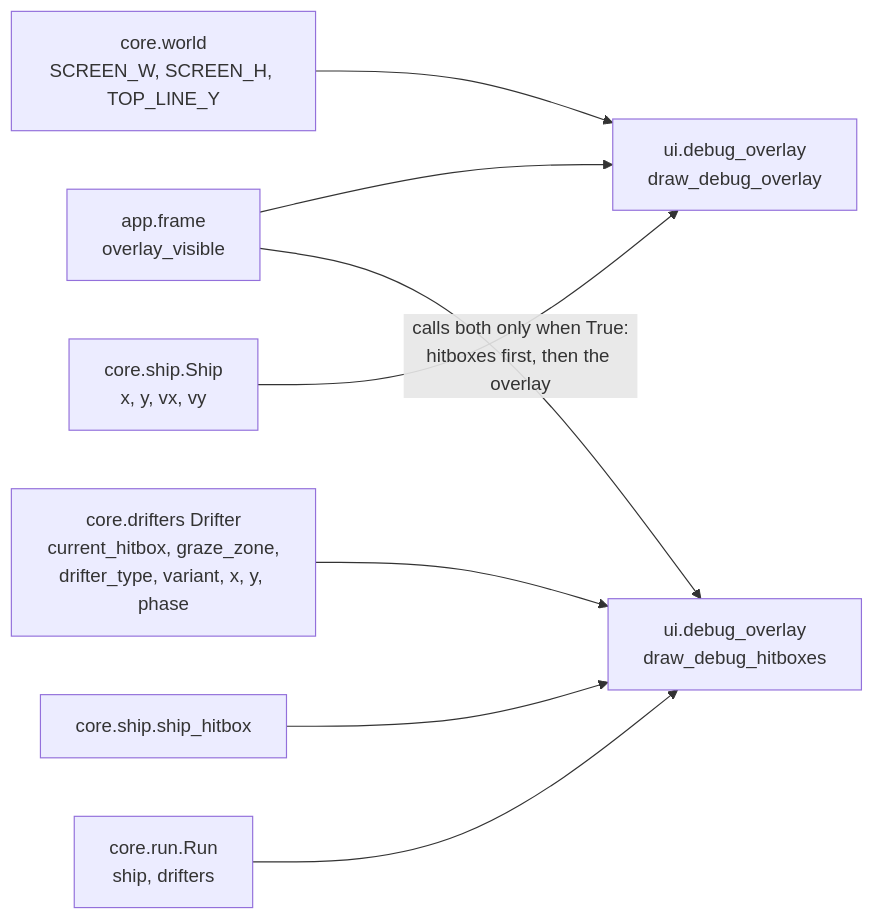
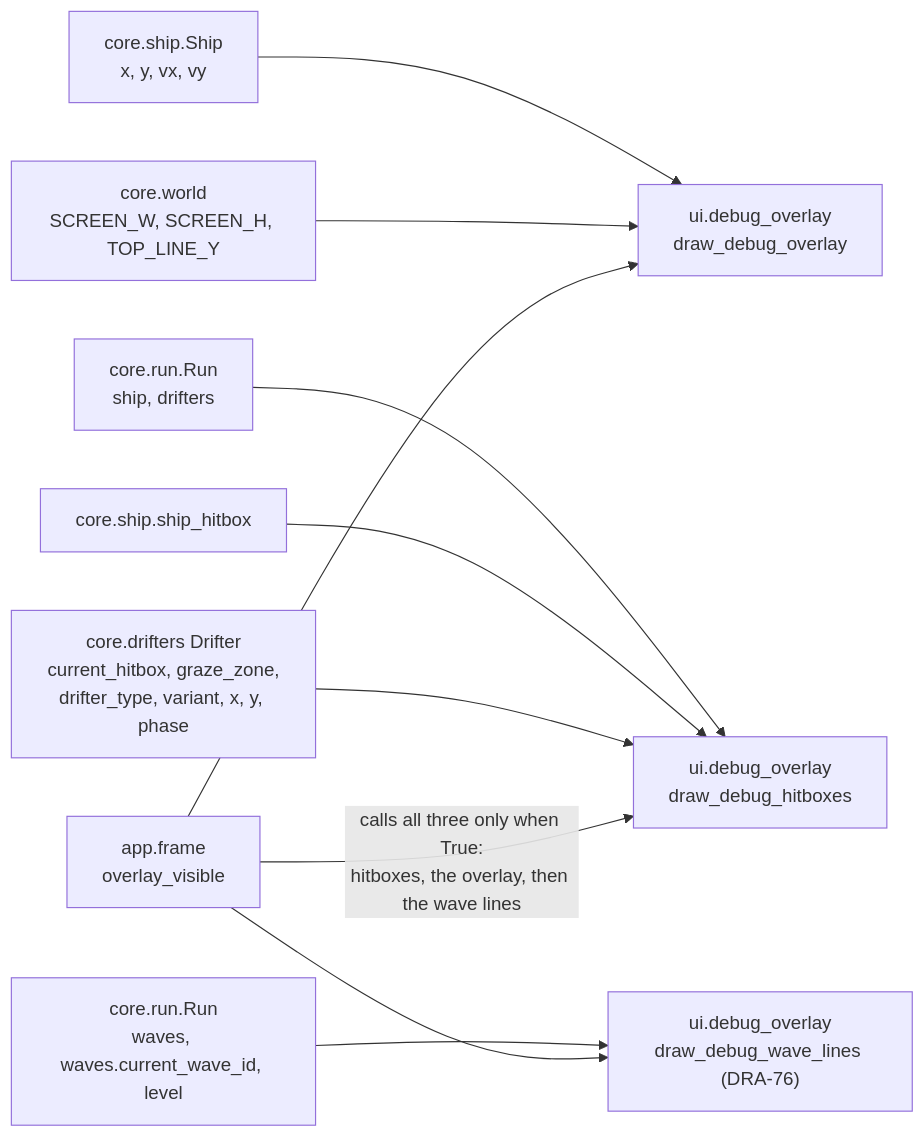
One commit to david-mntl/driftward-ace changed the diagram in docs/contracts/systems/debug-overlay.md. Above: the diagram before and after it, drawn with Mermaid. The commit also changed other lines of this file and 18 other files, not shown here.

Commit message:
docs(contracts): add DRA-76 waves contract, wave and playlist schemas, tasks; update run, scroll, app, drifters, hud, debug overlay

````diff
--- a/docs/contracts/systems/debug-overlay.md
+++ b/docs/contracts/systems/debug-overlay.md
@@ -17,10 +17,12 @@
 ```mermaid
 flowchart LR
   S["core.ship.Ship<br/>x, y, vx, vy"] --> O["ui.debug_overlay<br/>draw_debug_overlay"]
   W["core.world<br/>SCREEN_W, SCREEN_H, TOP_LINE_Y"] --> O
   R["core.run.Run<br/>ship, drifters"] --> H["ui.debug_overlay<br/>draw_debug_hitboxes"]
   SH["core.ship.ship_hitbox"] --> H
   OB["core.drifters Drifter<br/>current_hitbox, graze_zone,<br/>drifter_type, variant, x, y, phase"] --> H
-  A["app.frame<br/>overlay_visible"] -- "calls both only when True:<br/>hitboxes first, then the overlay" --> H
+  A["app.frame<br/>overlay_visible"] -- "calls all three only when True:<br/>hitboxes, the overlay, then the wave lines" --> H
   A --> O
+  RW["core.run.Run<br/>waves, waves.current_wave_id, level"] --> WL["ui.debug_overlay<br/>draw_debug_wave_lines (DRA-76)"]
+  A --> WL
 ```
````
